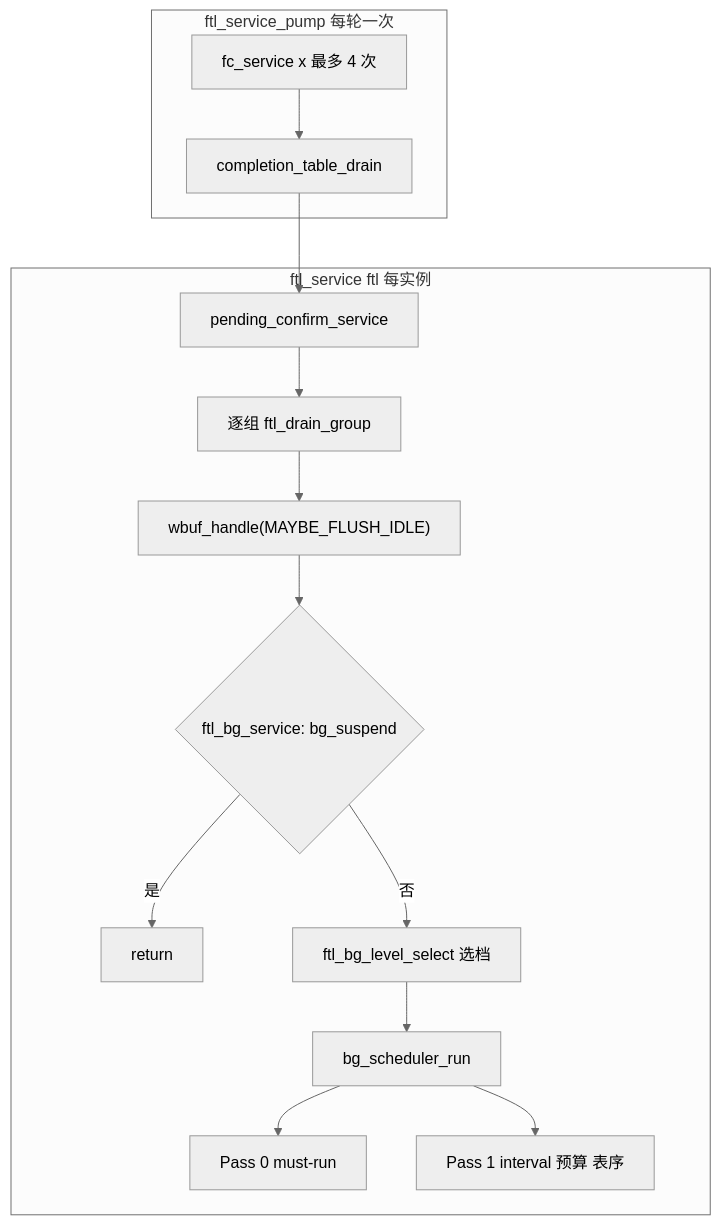
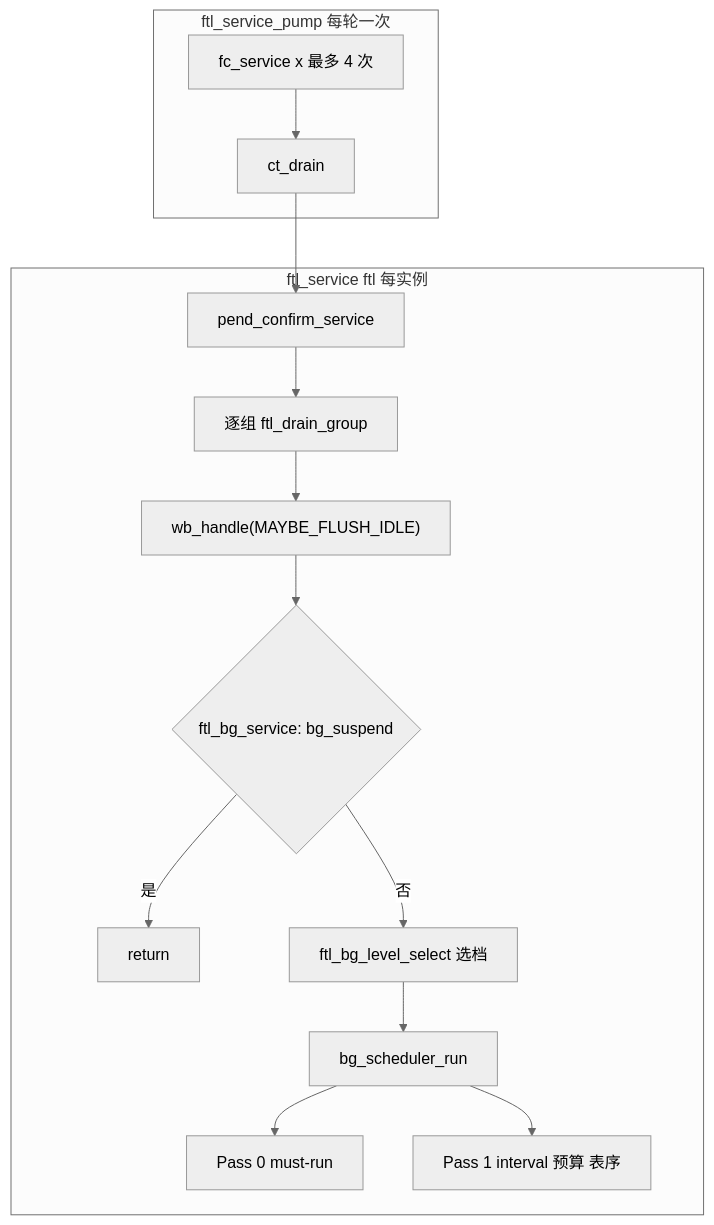
Diagram 20 of 32 in docs/design/ftl_design.md (YzYMIAO/BASESSD), drawn with Mermaid (neutral theme) before and after one commit. The commit also changed other lines of this file and 48 other files, not shown here.

````diff
--- a/docs/design/ftl_design.md
+++ b/docs/design/ftl_design.md
@@ -3097,17 +3097,17 @@
 ```mermaid
 flowchart TB
     subgraph "ftl_service_pump 每轮一次"
-        P1["fc_service x 最多 4 次"] --> P2["completion_table_drain"]
+        P1["fc_service x 最多 4 次"] --> P2["ct_drain"]
     end
     subgraph "ftl_service ftl 每实例"
-        S1["pending_confirm_service"] --> S2["逐组 ftl_drain_group"]
-        S2 --> S3["wbuf_handle(MAYBE_FLUSH_IDLE)"]
+        S1["pend_confirm_service"] --> S2["逐组 ftl_drain_group"]
+        S2 --> S3["wb_handle(MAYBE_FLUSH_IDLE)"]
         S3 --> S4{"ftl_bg_service: bg_suspend"}
         S4 -- "是" --> S5["return"]
         S4 -- "否" --> S6["ftl_bg_level_select 选档"]
         S6 --> S7["bg_scheduler_run"]
         S7 --> S8["Pass 0 must-run"]
         S7 --> S9["Pass 1 interval 预算 表序"]
     end
     P2 --> S1
 ```
````
